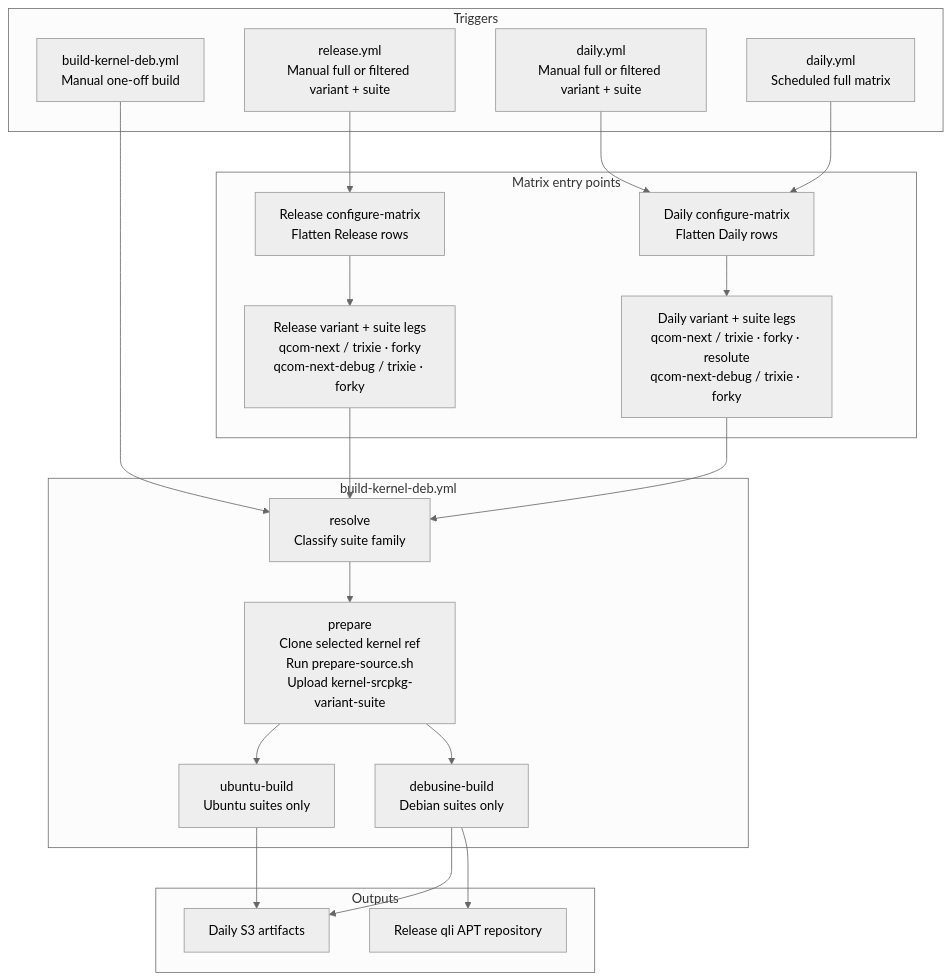
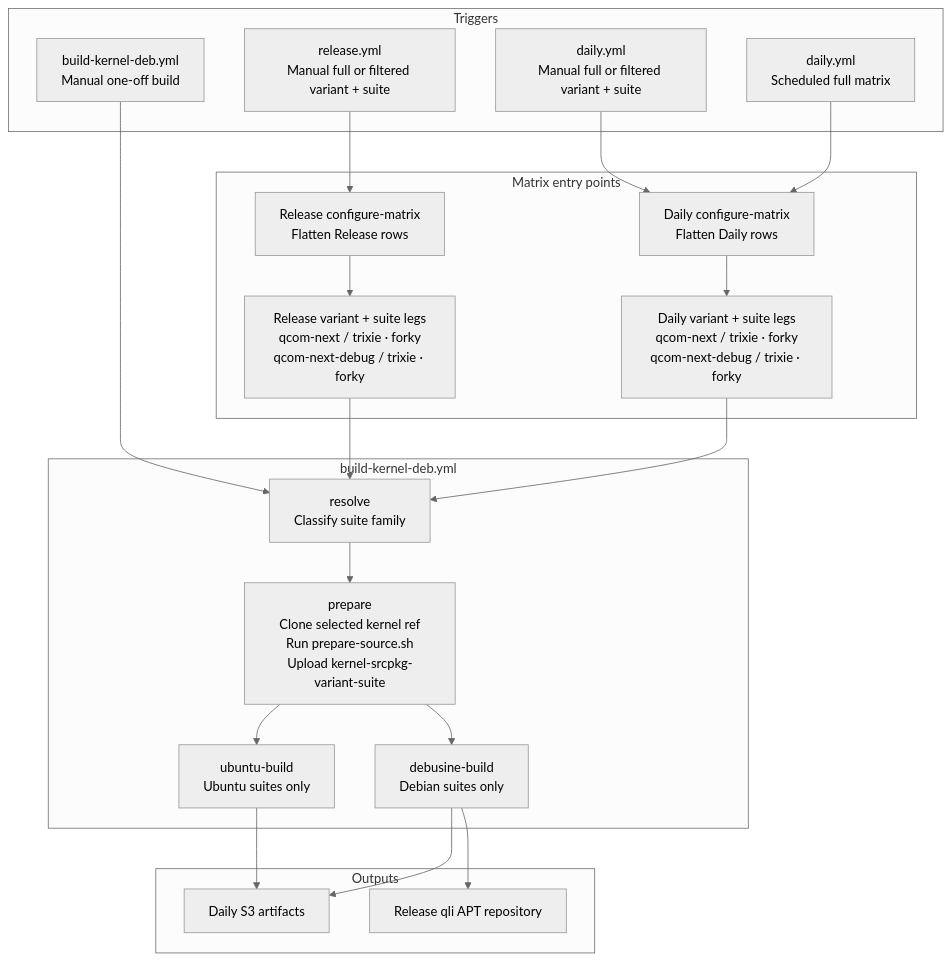
The second of 6 diagrams in README.md (qualcomm-linux/pkg-linux-qcom), drawn with Mermaid (neutral theme) before and after one commit. The commit also changed other lines of this file and 1 other file, not shown here.

First line of the commit message:
ci: temporarily drop resolute from the Daily matrix

````diff
--- a/README.md
+++ b/README.md
@@ -258,39 +258,39 @@
 ```mermaid
 flowchart TD
     subgraph triggers[Triggers]
         A1["daily.yml\nScheduled full matrix"]
         A2["daily.yml\nManual full or filtered variant + suite"]
         A3["release.yml\nManual full or filtered variant + suite"]
         A4["build-kernel-deb.yml\nManual one-off build"]
     end
 
     subgraph matrix[Matrix entry points]
         B1["Daily configure-matrix\nFlatten Daily rows"]
-        B2["Daily variant + suite legs\nqcom-next / trixie · forky · resolute\nqcom-next-debug / trixie · forky"]
+        B2["Daily variant + suite legs\nqcom-next / trixie · forky\nqcom-next-debug / trixie · forky"]
         B3["Release configure-matrix\nFlatten Release rows"]
         B4["Release variant + suite legs\nqcom-next / trixie · forky\nqcom-next-debug / trixie · forky"]
     end
 
     subgraph orchestrator[build-kernel-deb.yml]
         C1["resolve\nClassify suite family"]
         C2["prepare\nClone selected kernel ref\nRun prepare-source.sh\nUpload kernel-srcpkg-variant-suite"]
         C3["debusine-build\nDebian suites only"]
         C4["ubuntu-build\nUbuntu suites only"]
     end
 
     subgraph outputs[Outputs]
         D1["Daily S3 artifacts"]
         D2["Release qli APT repository"]
     end
 
     A1 --> B1
     A2 --> B1
     A3 --> B3
     B1 --> B2 --> C1
     B3 --> B4 --> C1
     A4 --> C1
     C1 --> C2
     C2 --> C3 & C4
     C3 --> D1 & D2
     C4 --> D1
 ```
````
